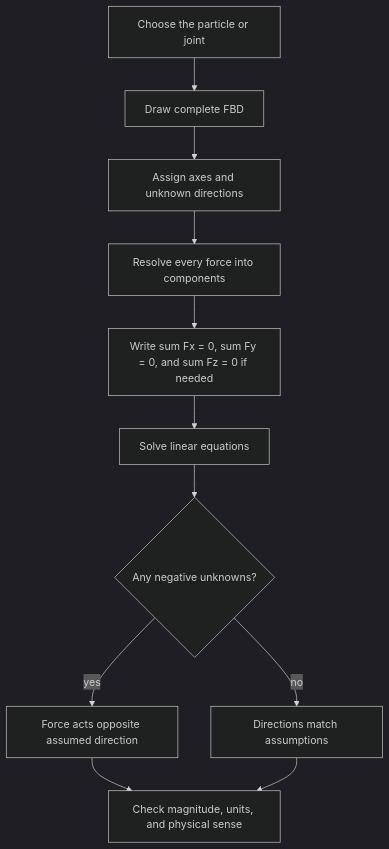
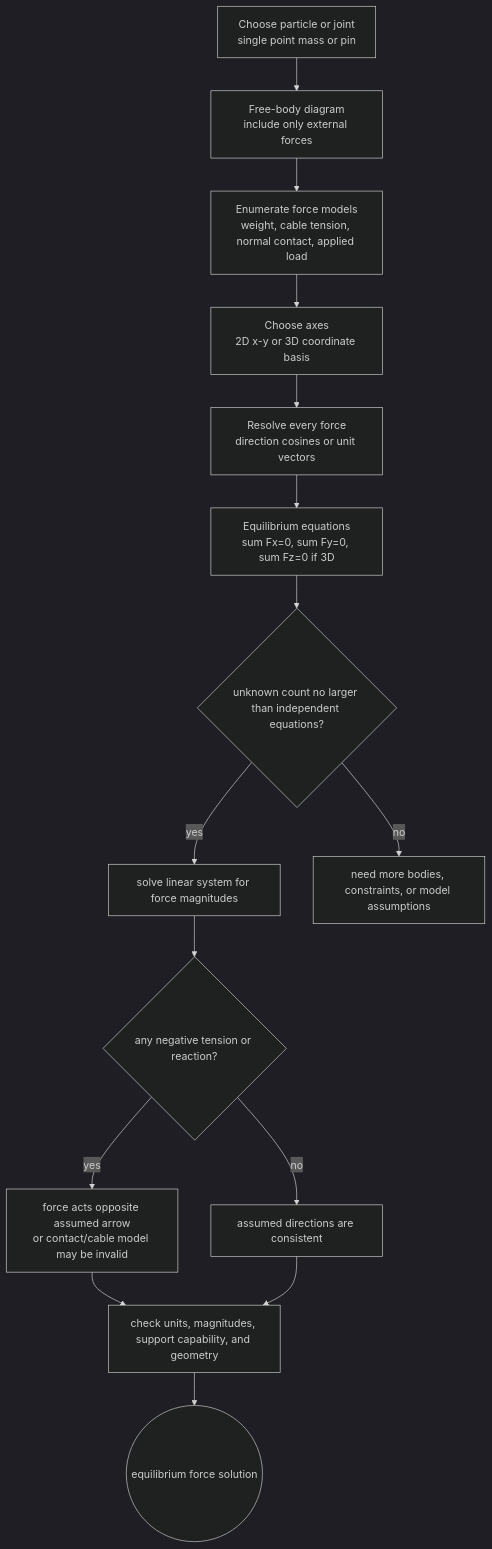
The diagram in docs/physics/mechanics/particle-equilibrium.md (justinbrianhwang/SJ-wiki), drawn with Mermaid (dark theme) before and after one commit. The commit also changed other lines of this file and 1858 other files, not shown here.

Commit message:
Upgrade Mermaid diagrams to real architecture level across DL/CS-systems/CS-applied/QIS/Physics+Math+Chem (~728 mermaid blocks total): detailed sublayers, residuals, dimensions, shape transitions, subgraph grouping

````diff
--- a/docs/physics/mechanics/particle-equilibrium.md
+++ b/docs/physics/mechanics/particle-equilibrium.md
@@ -74,13 +74,17 @@
 ```mermaid
 flowchart TD
-  A[Choose the particle or joint] --> B[Draw complete FBD]
-  B --> C[Assign axes and unknown directions]
-  C --> D[Resolve every force into components]
-  D --> E["Write sum Fx = 0, sum Fy = 0, and sum Fz = 0 if needed"]
-  E --> F[Solve linear equations]
-  F --> G{"Any negative unknowns?"}
-  G -->|yes| H[Force acts opposite assumed direction]
-  G -->|no| I[Directions match assumptions]
-  H --> J["Check magnitude, units, and physical sense"]
-  I --> J
+  Body["Choose particle or joint<br/>single point mass or pin"] --> FBD["Free-body diagram<br/>include only external forces"]
+  FBD --> Forces["Enumerate force models<br/>weight, cable tension, normal contact, applied load"]
+  Forces --> Axes["Choose axes<br/>2D x-y or 3D coordinate basis"]
+  Axes --> Components["Resolve every force<br/>direction cosines or unit vectors"]
+  Components --> Equations["Equilibrium equations<br/>sum Fx=0, sum Fy=0, sum Fz=0 if 3D"]
+  Equations --> Count{"unknown count no larger than independent equations?"}
+  Count -- "yes" --> Solve["solve linear system for force magnitudes"]
+  Count -- "no" --> Extra["need more bodies, constraints, or model assumptions"]
+  Solve --> Signs{"any negative tension or reaction?"}
+  Signs -- "yes" --> Interpret["force acts opposite assumed arrow<br/>or contact/cable model may be invalid"]
+  Signs -- "no" --> OK["assumed directions are consistent"]
+  Interpret --> Check["check units, magnitudes, support capability, and geometry"]
+  OK --> Check
+  Check --> Result(("equilibrium force solution"))
 ```
````
